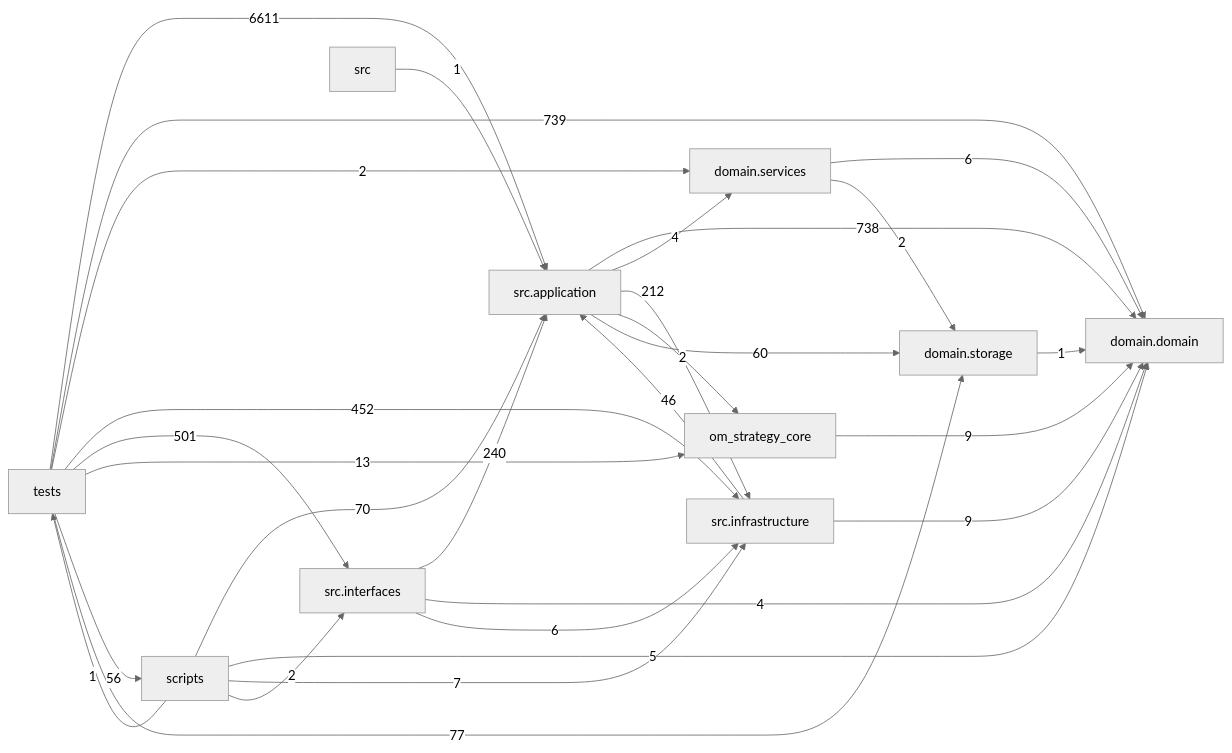
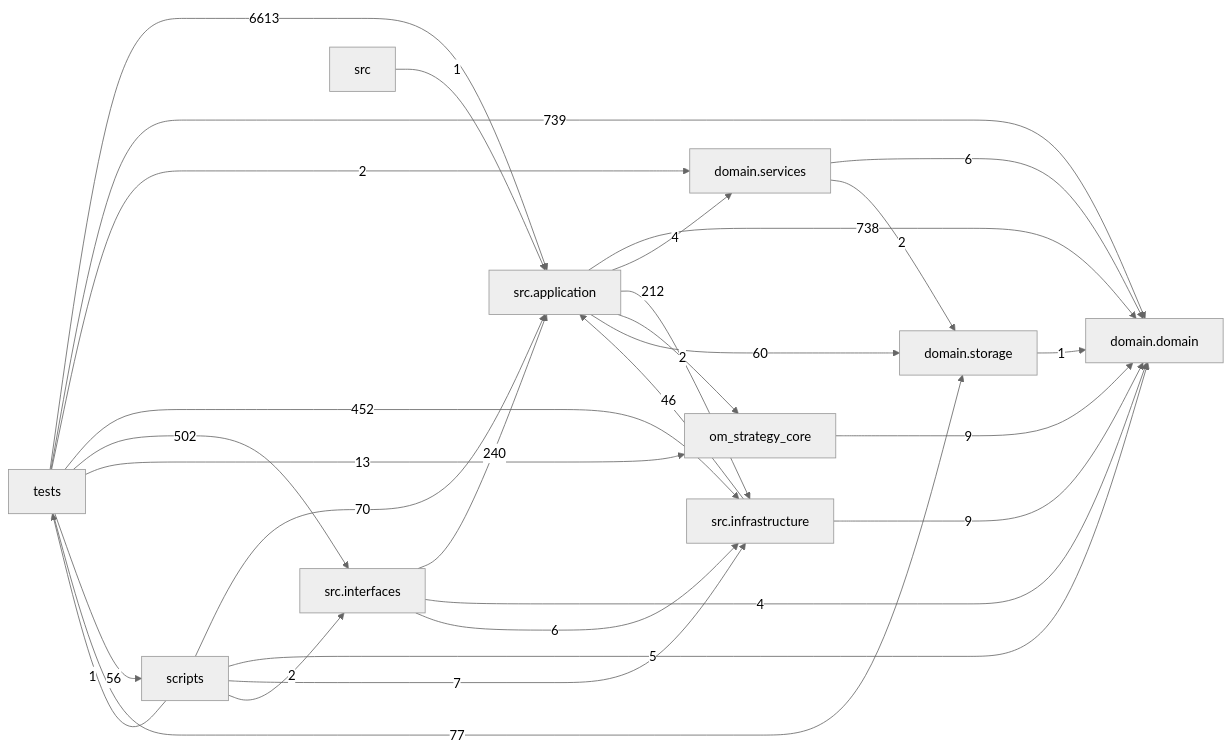
The diagram in docs/DEPENDENCY_GRAPH.md (liuxie066/options-monitor), drawn with Mermaid (neutral theme) before and after one commit. The commit also changed other lines of this file and 4 other files, not shown here.

````diff
--- a/docs/DEPENDENCY_GRAPH.md
+++ b/docs/DEPENDENCY_GRAPH.md
@@ -24,39 +24,39 @@
 ```mermaid
 flowchart LR
   tests["tests"]
   scripts["scripts"]
   interfaces["src.interfaces"]
   application["src.application"]
   infrastructure["src.infrastructure"]
   domain_services["domain.services"]
   domain["domain.domain"]
   storage["domain.storage"]
   application -->|738| domain
   application -->|4| domain_services
   application -->|212| infrastructure
   application -->|2| om_strategy_core
   application -->|60| storage
   domain_services -->|6| domain
   domain_services -->|2| storage
   infrastructure -->|46| application
   infrastructure -->|9| domain
   interfaces -->|240| application
   interfaces -->|4| domain
   interfaces -->|6| infrastructure
   om_strategy_core -->|9| domain
   scripts -->|70| application
   scripts -->|5| domain
   scripts -->|7| infrastructure
   scripts -->|2| interfaces
   scripts -->|1| tests
   src -->|1| application
   storage -->|1| domain
-  tests -->|6611| application
+  tests -->|6613| application
   tests -->|739| domain
   tests -->|2| domain_services
   tests -->|452| infrastructure
-  tests -->|501| interfaces
+  tests -->|502| interfaces
   tests -->|13| om_strategy_core
   tests -->|56| scripts
   tests -->|77| storage
 ```
````
